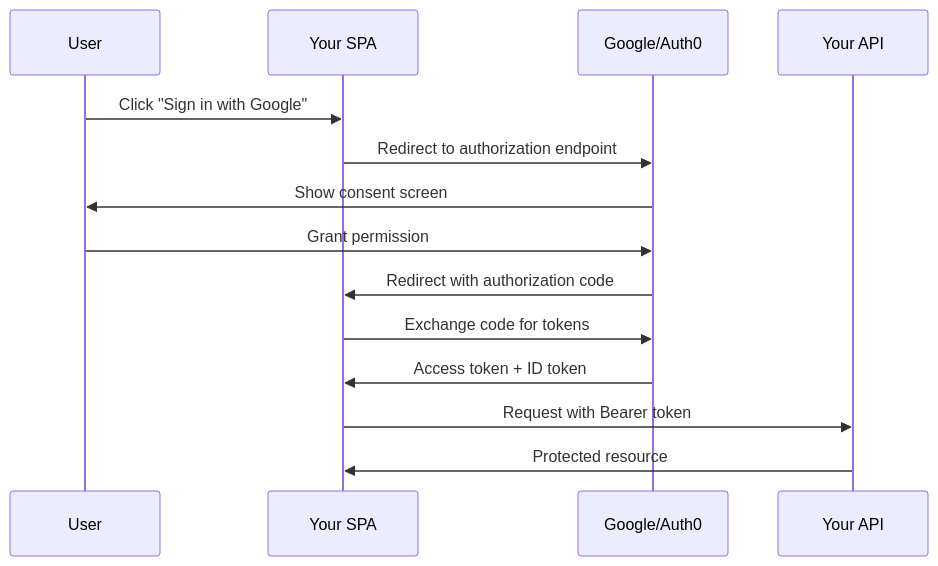
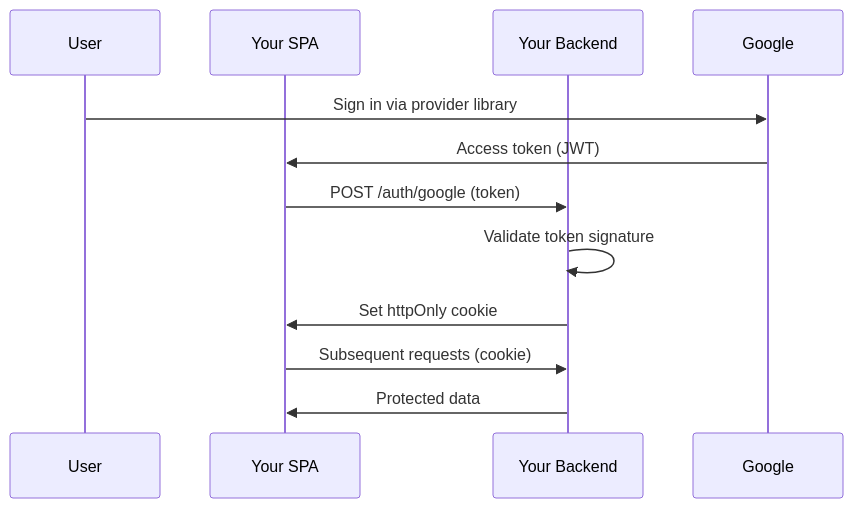
One commit to bathcat/bathcat-home changed the third of 4 diagrams in src/content/decks/secure-stax/060-tokens.mdx. Above: the diagram before and after it, drawn with Mermaid. The commit also changed other lines of this file, not shown here.

````diff
--- a/src/content/decks/secure-stax/060-tokens.mdx
+++ b/src/content/decks/secure-stax/060-tokens.mdx
@@ -147,17 +214,15 @@
 ```mermaid
 sequenceDiagram
     participant User
     participant SPA as Your SPA
-    participant Provider as Google/Auth0
-    participant API as Your API
+    participant Backend as Your Backend
+    participant Google
     
-    User->>SPA: Click "Sign in with Google"
-    SPA->>Provider: Redirect to authorization endpoint
-    Provider->>User: Show consent screen
-    User->>Provider: Grant permission
-    Provider->>SPA: Redirect with authorization code
-    SPA->>Provider: Exchange code for tokens
-    Provider->>SPA: Access token + ID token
-    SPA->>API: Request with Bearer token
-    API->>SPA: Protected resource
+    User->>Google: Sign in via provider library
+    Google->>SPA: Access token (JWT)
+    SPA->>Backend: POST /auth/google (token)
+    Backend->>Backend: Validate token signature
+    Backend->>SPA: Set httpOnly cookie
+    SPA->>Backend: Subsequent requests (cookie)
+    Backend->>SPA: Protected data
 ```
````
